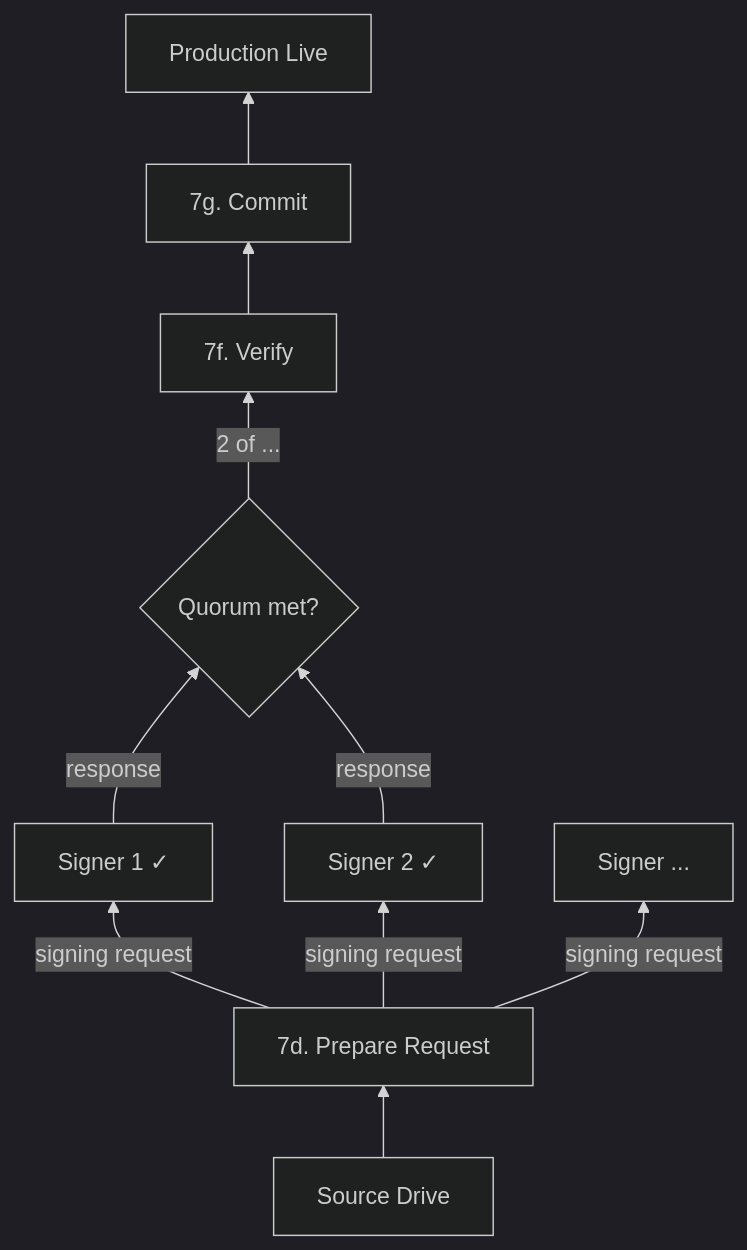
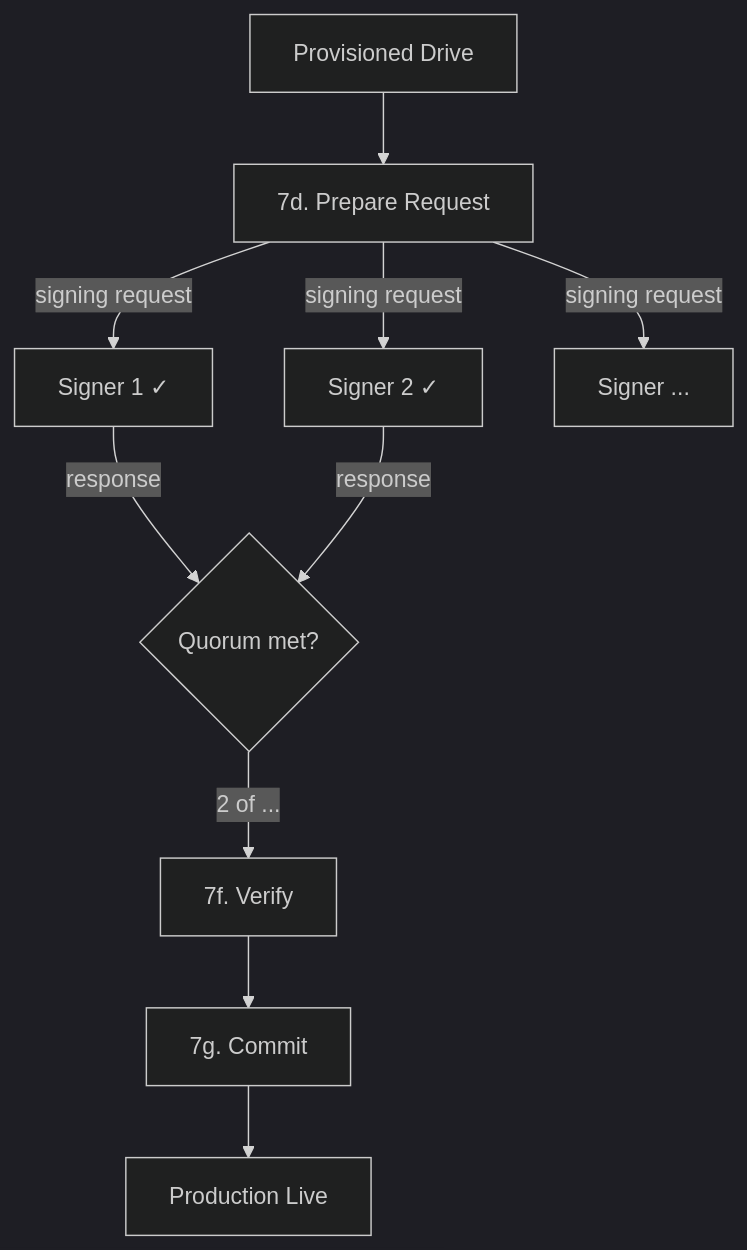
Before and after one commit to holepunchto/hello-pear-electron: the fifth of 6 diagrams in README.md, drawn with Mermaid (dark theme). The commit also changed other lines of this file, not shown here.

````diff
--- a/README.md
+++ b/README.md
@@ -669,12 +669,12 @@
 ```mermaid
-graph BT
-    Prov[Source Drive] --> Req[7d. Prepare Request]
+graph TD
+    Prov[Provisioned Drive] --> Req[7d. Prepare Request]
     Req -->|signing request| S1[Signer 1 ✓]
     Req -->|signing request| S2[Signer 2 ✓]
     Req -->|signing request| S3[Signer ...]
     S1 -->|response| Q{Quorum met?}
     S2 -->|response| Q
     Q -->|2 of ...| Ver[7f. Verify]
     Ver --> Com[7g. Commit]
     Com --> Live[Production Live]
 ```
````
